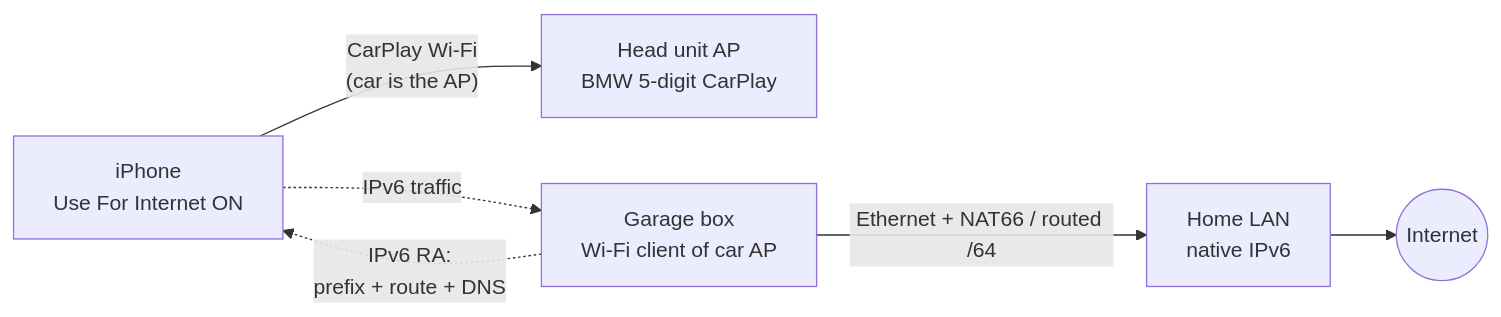
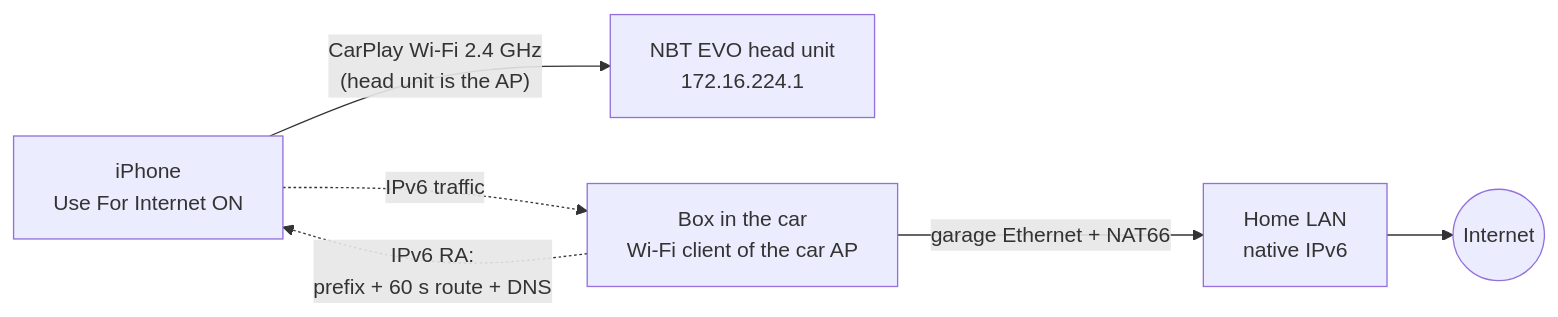
Before and after one commit to ParkWardRR/internet-over-wireless-carplay: the diagram in README.md, drawn with Mermaid. The commit also changed other lines of this file and 3 other files, not shown here.

````diff
--- a/README.md
+++ b/README.md
@@ -32,8 +11,8 @@
 ```mermaid
 flowchart LR
-  P[iPhone<br/>Use For Internet ON] -- "CarPlay Wi-Fi<br/>(car is the AP)" --> HU[Head unit AP<br/>BMW 5-digit CarPlay]
-  B[Garage box<br/>Wi-Fi client of car AP] -. "IPv6 RA:<br/>prefix + route + DNS" .-> P
+  P[iPhone<br/>Use For Internet ON] -- "CarPlay Wi-Fi 2.4 GHz<br/>(head unit is the AP)" --> HU[NBT EVO head unit<br/>172.16.224.1]
+  B[Box in the car<br/>Wi-Fi client of the car AP] -. "IPv6 RA:<br/>prefix + 60 s route + DNS" .-> P
   P -. "IPv6 traffic" .-> B
-  B -- "Ethernet + NAT66 / routed /64" --> L[Home LAN<br/>native IPv6]
+  B -- "garage Ethernet + NAT66" --> L[Home LAN<br/>native IPv6]
   L --> W((Internet))
 ```
````
